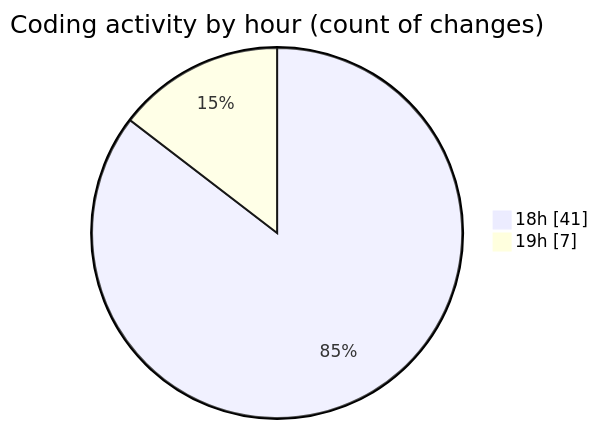
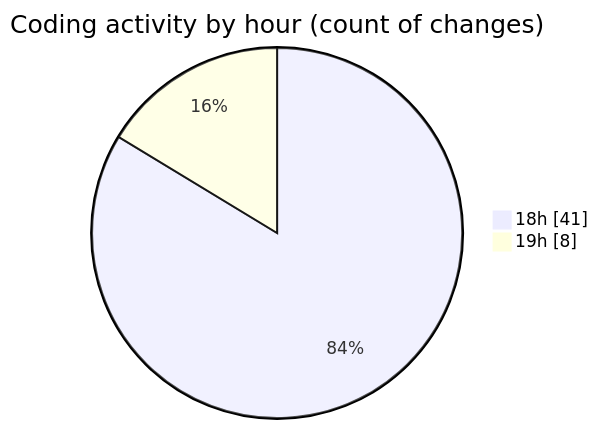
The second of 2 diagrams in 2025-01-13/trackers_app/README.md (donsfak/code-tracking), drawn with Mermaid before and after one commit. The commit also changed other lines of this file and 1 other file, not shown here.

````diff
--- a/2025-01-13/trackers_app/README.md
+++ b/2025-01-13/trackers_app/README.md
@@ -32,6 +32,6 @@
 ```mermaid
 pie showData
 title Coding activity by hour (count of changes)
 "18h" : 41
-"19h" : 7
+"19h" : 8
 ```
````
